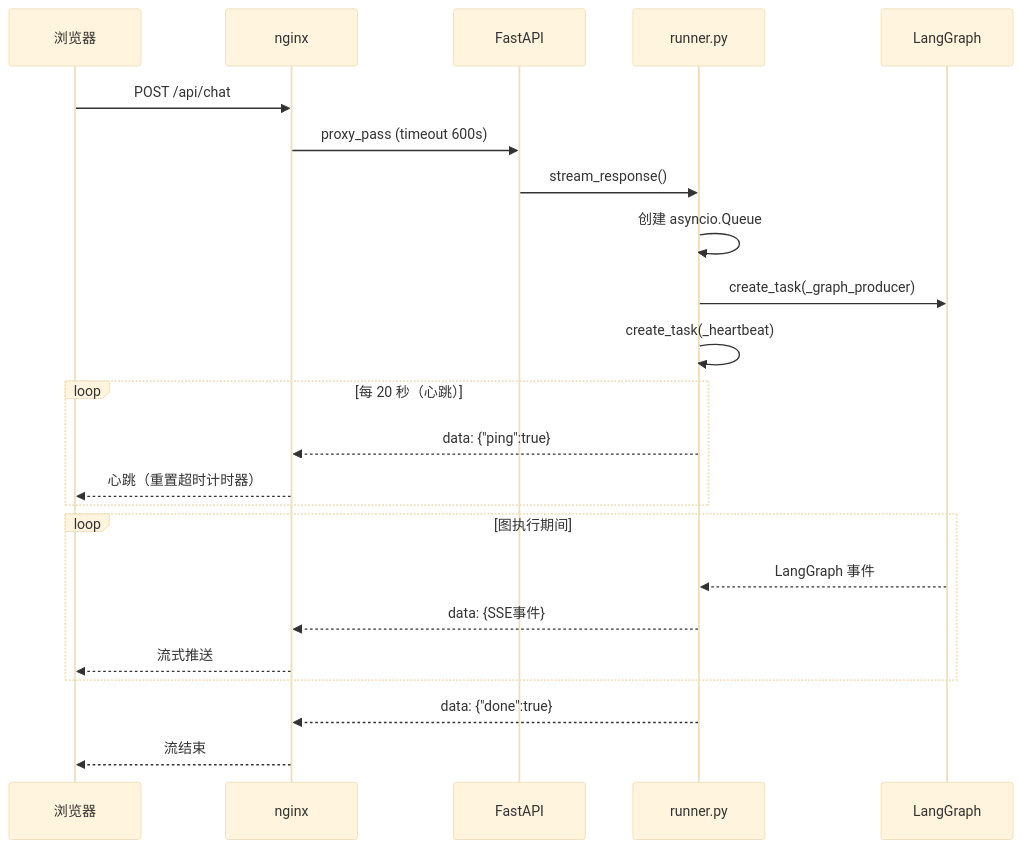
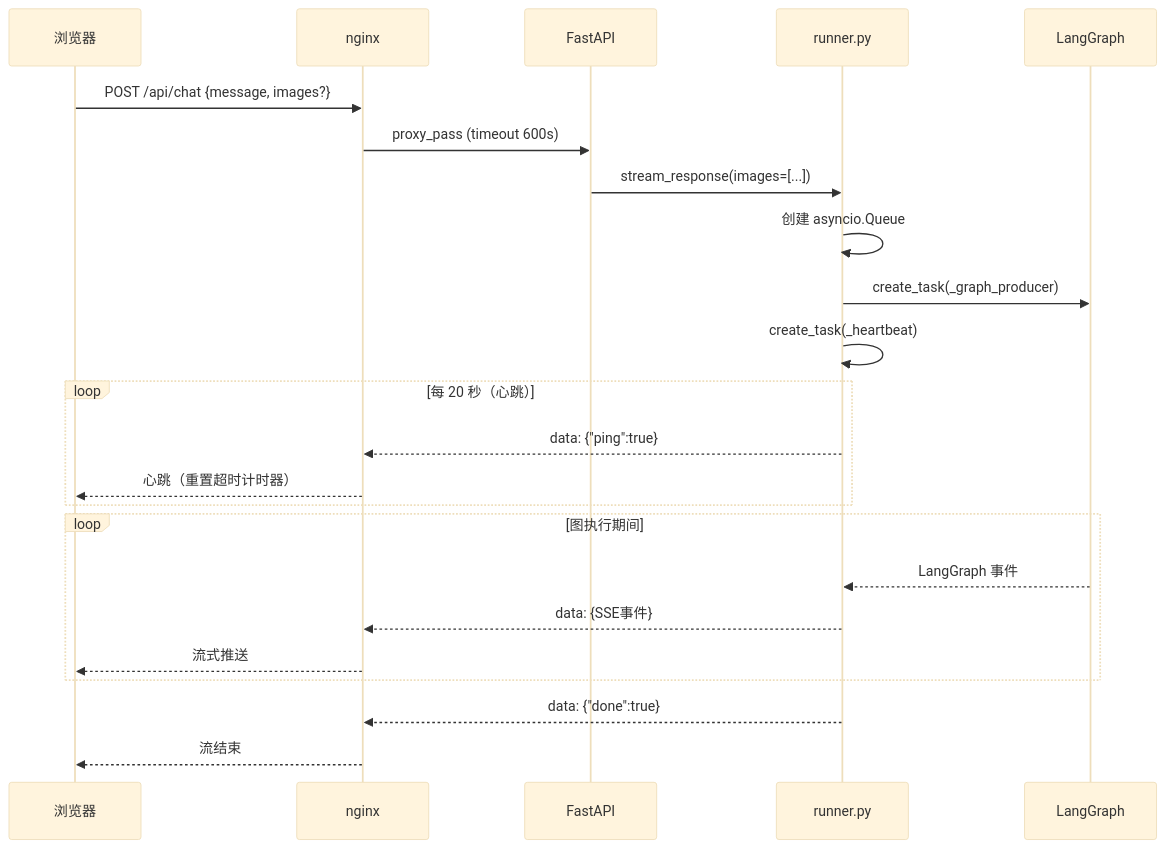
One commit to toolclub/wechat changed the first of 13 diagrams in llm-chat/backend/README.md. Above: the diagram before and after it, drawn with Mermaid (base theme). The commit also changed other lines of this file and 38 other files, not shown here.

````diff
--- a/llm-chat/backend/README.md
+++ b/llm-chat/backend/README.md
@@ -18,29 +20,29 @@
 ```mermaid
 sequenceDiagram
     participant B as 浏览器
     participant N as nginx
     participant F as FastAPI
     participant R as runner.py
     participant G as LangGraph
 
-    B->>N: POST /api/chat
+    B->>N: POST /api/chat {message, images?}
     N->>F: proxy_pass (timeout 600s)
-    F->>R: stream_response()
+    F->>R: stream_response(images=[...])
     R->>R: 创建 asyncio.Queue
     R->>G: create_task(_graph_producer)
     R->>R: create_task(_heartbeat)
 
     loop 每 20 秒（心跳）
         R-->>N: data: {"ping":true}
         N-->>B: 心跳（重置超时计时器）
     end
 
     loop 图执行期间
         G-->>R: LangGraph 事件
         R-->>N: data: {SSE事件}
         N-->>B: 流式推送
     end
 
     R-->>N: data: {"done":true}
     N-->>B: 流结束
 ```
````
